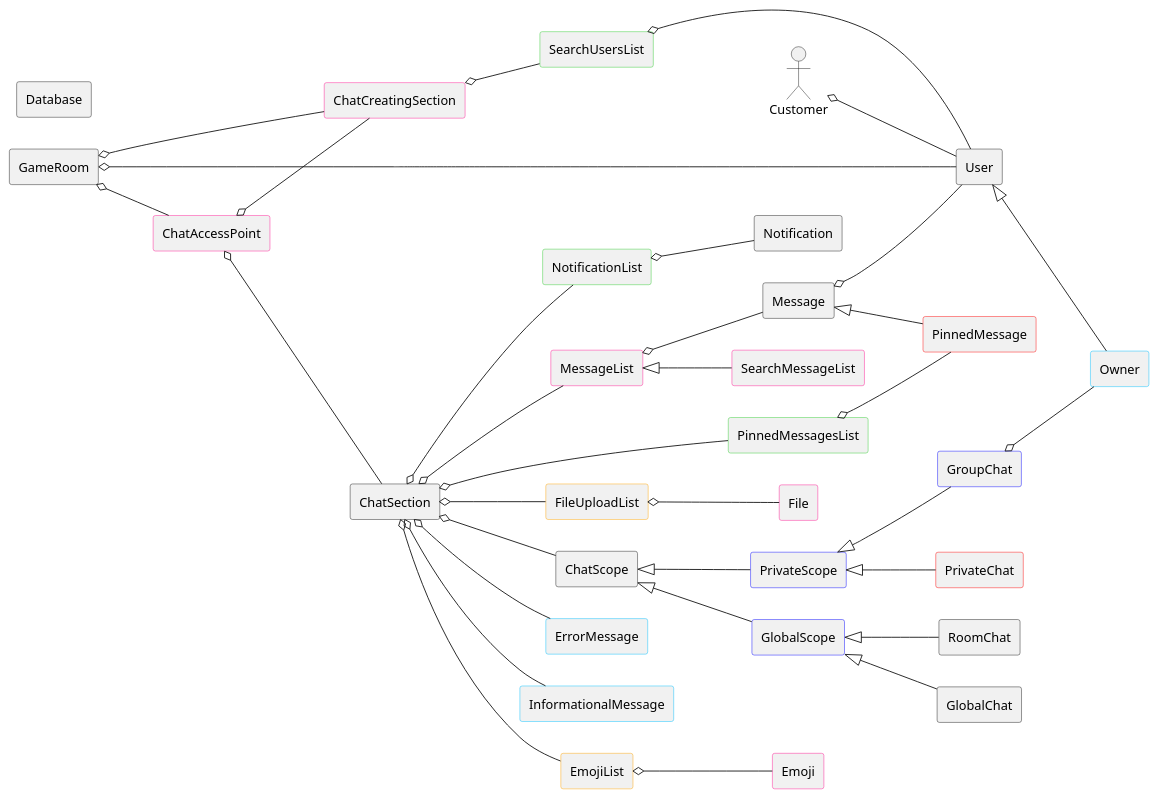
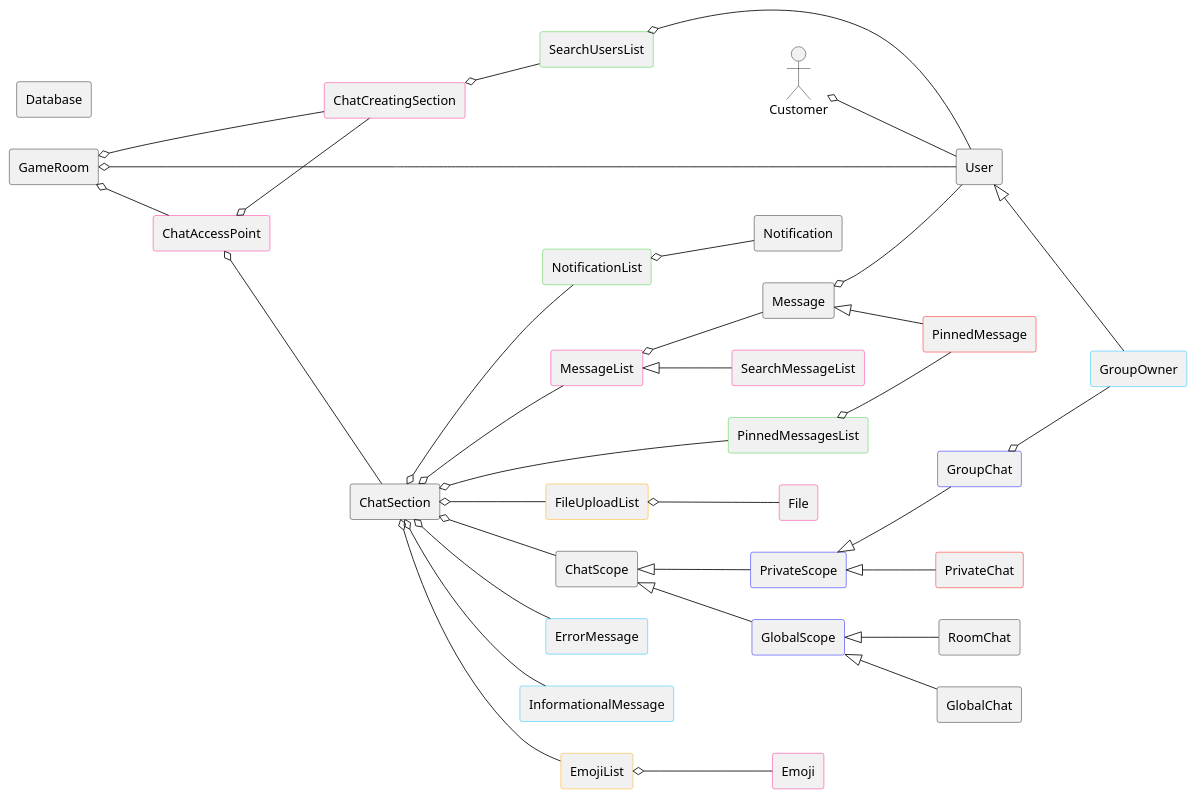
The diagram in Documentation/LatexLab3/PlantUML/domainDiagramV8.puml (user5427/human-benchmark-PSI-2), drawn with PlantUML before and after one commit. The commit also changed 1 other file, not shown here.

Commit message:
refactor: rename Owner to GroupOwner in domain diagram and update associations

```diff
--- a/Documentation/LatexLab3/PlantUML/domainDiagramV8.puml
+++ b/Documentation/LatexLab3/PlantUML/domainDiagramV8.puml
@@ -1,74 +1,74 @@
 @startuml
 
 left to right direction
 
 
 rectangle ChatSection
 rectangle Message
 rectangle Notification
 rectangle GameRoom
 rectangle Database
 rectangle User
 rectangle RoomChat
 rectangle GlobalChat
 rectangle PrivateChat #line:red
 rectangle PinnedMessage #line:red
 rectangle ChatScope
 rectangle EmojiList #line:Orange
 rectangle FileUploadList #line:Orange
 rectangle GroupChat #line:Blue
 rectangle GlobalScope #line:Blue
 rectangle PrivateScope #line:Blue
 rectangle NotificationList #line:LimeGreen
 rectangle PinnedMessagesList #line:LimeGreen
 rectangle MessageList #line:DeepPink
 rectangle ChatAccessPoint #line:DeepPink
 rectangle ChatCreatingSection #line:DeepPink
 rectangle Emoji #line:DeepPink
 rectangle File #line:DeepPink
 rectangle SearchUsersList #line:LimeGreen
 rectangle SearchMessageList #line:DeepPink
-rectangle Owner #line:DeepSkyBlue
+rectangle GroupOwner #line:DeepSkyBlue
 rectangle ErrorMessage #line:DeepSkyBlue
 rectangle InformationalMessage #line:DeepSkyBlue
 
 
 ' ???
 :Customer: o-- :User: 
  
 :GameRoom: o-- :User:
 
 :GameRoom: o-- :ChatAccessPoint:
 :GameRoom: o-- :ChatCreatingSection:
 :ChatAccessPoint: o-- :ChatCreatingSection:
 :ChatAccessPoint: o-- :ChatSection:
 :ChatSection: o-- :NotificationList:
 :NotificationList: o-- :Notification:
 :Message: o-- :User:
 :GlobalScope: <|-- :RoomChat:
 :GlobalScope: <|-- :GlobalChat:
 :PrivateScope: <|-- :PrivateChat:
 :ChatSection: o-- :ChatScope:
 :Message: <|-- :PinnedMessage:
 :ChatSection: o-- :EmojiList:
 :ChatSection: o-- :FileUploadList:
 :PrivateScope: <|-- :GroupChat:
 :ChatScope: <|-- :GlobalScope:
 :ChatScope: <|-- :PrivateScope:
 :ChatSection: o-- :PinnedMessagesList:
 :PinnedMessagesList: o-- :PinnedMessage:
 :ChatSection: o-- :MessageList:
 :MessageList: o-- :Message:
 :EmojiList: o-- :Emoji:
 :FileUploadList: o-- :File:
 :SearchUsersList: o-- :User:
 :ChatCreatingSection: o-- :SearchUsersList:
 :MessageList: <|-- :SearchMessageList:
-:User: <|-- :Owner:
+:User: <|-- :GroupOwner:
 :ChatSection: o-- :ErrorMessage:
 :ChatSection: o-- :InformationalMessage:
-:GroupChat: o-- :Owner:
+:GroupChat: o-- :GroupOwner:
 
 
 
 @enduml
```
